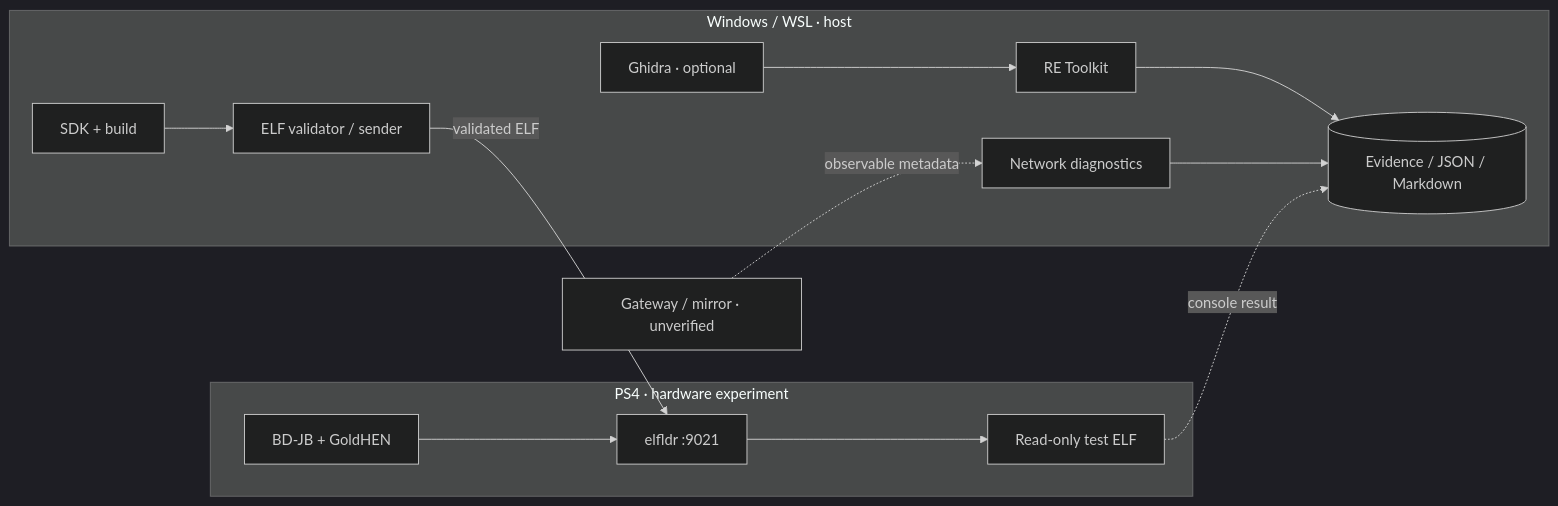
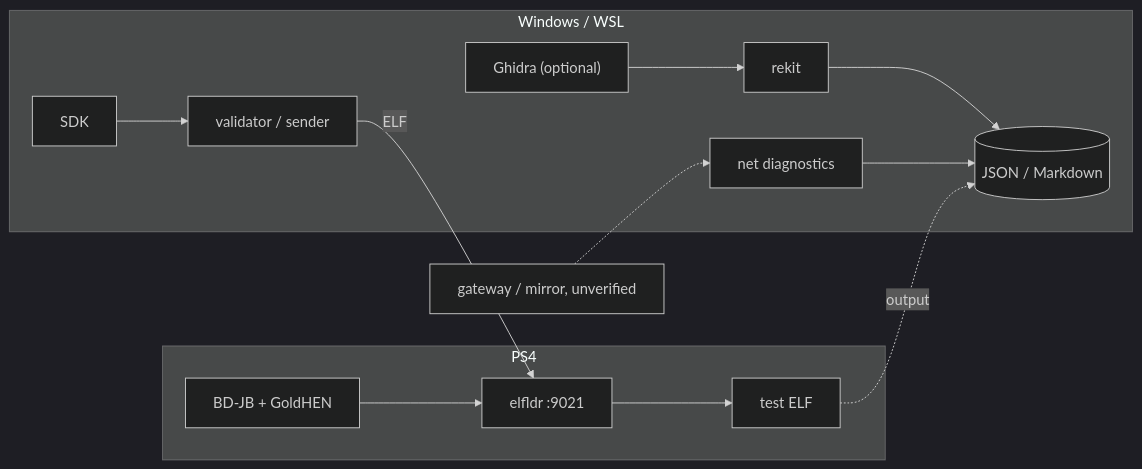
The diagram in README.md (oakvx/middleManPS4), drawn with Mermaid (dark theme) before and after one commit. The commit also changed other lines of this file, not shown here.

````diff
--- a/README.md
+++ b/README.md
@@ -237,18 +135,18 @@
 ```mermaid
 flowchart LR
-    subgraph PS4["PS4 · hardware experiment"]
+    subgraph PS4
         A["BD-JB + GoldHEN"] --> B["elfldr :9021"]
-        B --> C["Read-only test ELF"]
+        B --> C["test ELF"]
     end
-    subgraph HOST["Windows / WSL · host"]
-        D["SDK + build"] --> E["ELF validator / sender"]
-        F["Network diagnostics"]
-        G["RE Toolkit"]
-        H["Ghidra · optional"] --> G
-        G --> I[("Evidence / JSON / Markdown")]
+    subgraph Host["Windows / WSL"]
+        D["SDK"] --> E["validator / sender"]
+        F["net diagnostics"]
+        G["rekit"]
+        H["Ghidra (optional)"] --> G
+        G --> I[("JSON / Markdown")]
         F --> I
     end
-    E -->|"validated ELF"| B
-    C -.->|"console result"| I
-    J["Gateway / mirror · unverified"] -.->|"observable metadata"| F
+    E -->|ELF| B
+    C -.->|output| I
+    J["gateway / mirror, unverified"] -.-> F
 ```
````
